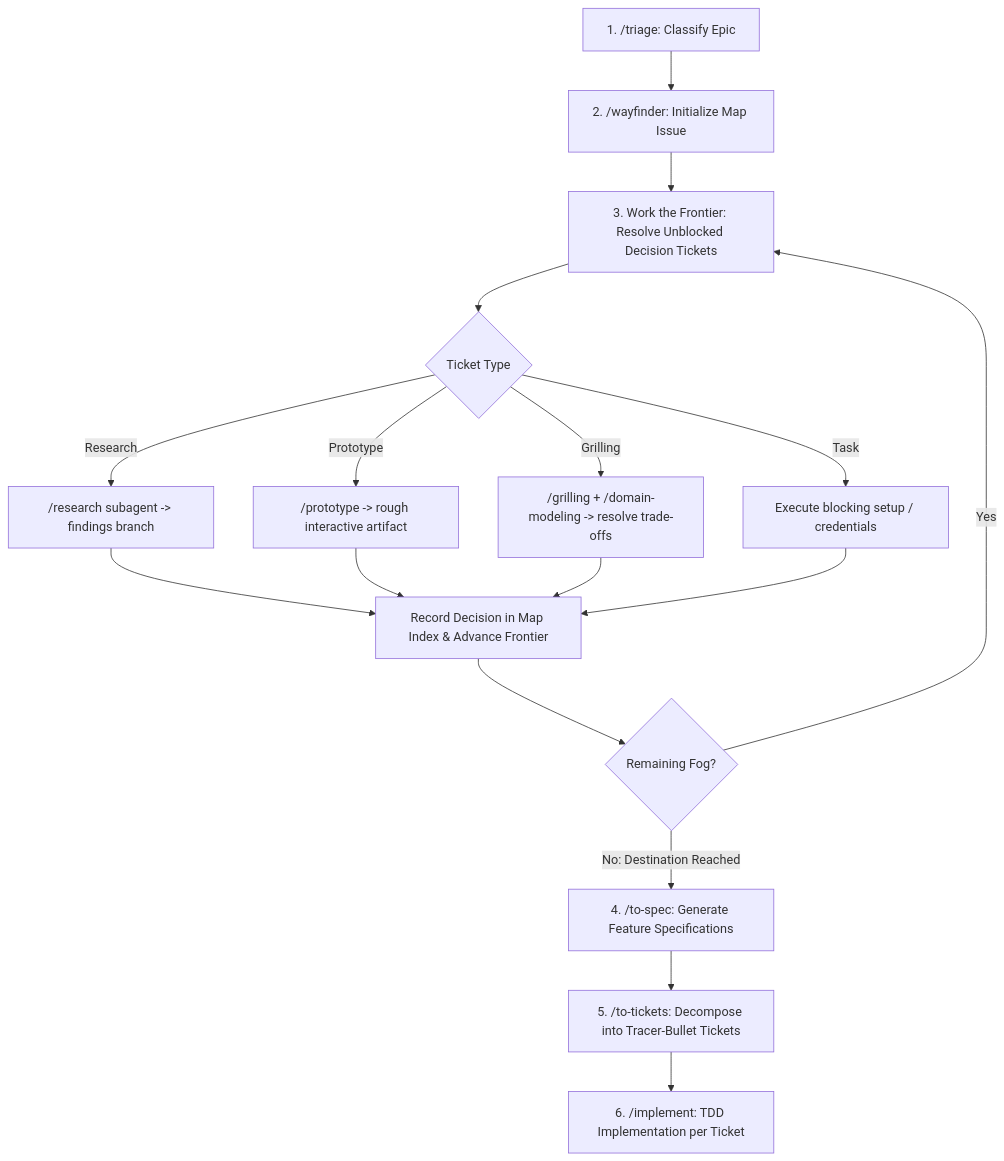
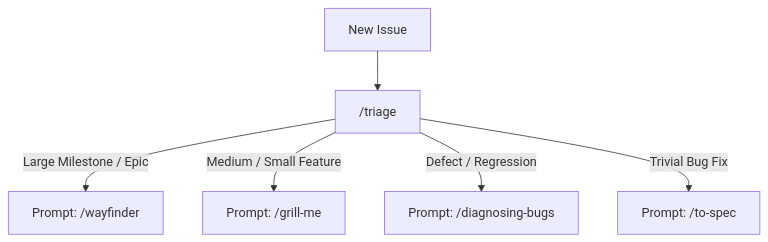
The first of 7 diagrams in docs/agents/workflows.md (jackmaders/watchpoint), drawn with Mermaid before and after one commit. The commit also changed other lines of this file, not shown here.

````diff
--- a/docs/agents/workflows.md
+++ b/docs/agents/workflows.md
@@ -39,16 +11,8 @@
 ```mermaid
 graph TD
-    A["1. /triage: Classify Epic"] --> B["2. /wayfinder: Initialize Map Issue"]
-    B --> C["3. Work the Frontier: Resolve Unblocked Decision Tickets"]
-    C --> D{Ticket Type}
-    D -->|Research| D1["/research subagent -> findings branch"]
-    D -->|Prototype| D2["/prototype -> rough interactive artifact"]
-    D -->|Grilling| D3["/grilling + /domain-modeling -> resolve trade-offs"]
-    D -->|Task| D4["Execute blocking setup / credentials"]
-    D1 & D2 & D3 & D4 --> E["Record Decision in Map Index & Advance Frontier"]
-    E --> F{Remaining Fog?}
-    F -->|Yes| C
-    F -->|No: Destination Reached| G["4. /to-spec: Generate Feature Specifications"]
-    G --> H["5. /to-tickets: Decompose into Tracer-Bullet Tickets"]
-    H --> I["6. /implement: TDD Implementation per Ticket"]
+    A["New Issue"] --> B["/triage"]
+    B -->|Large Milestone / Epic| C["Prompt: /wayfinder"]
+    B -->|Medium / Small Feature| D["Prompt: /grill-me"]
+    B -->|Defect / Regression| E["Prompt: /diagnosing-bugs"]
+    B -->|Trivial Bug Fix| F["Prompt: /to-spec"]
 ```
````
